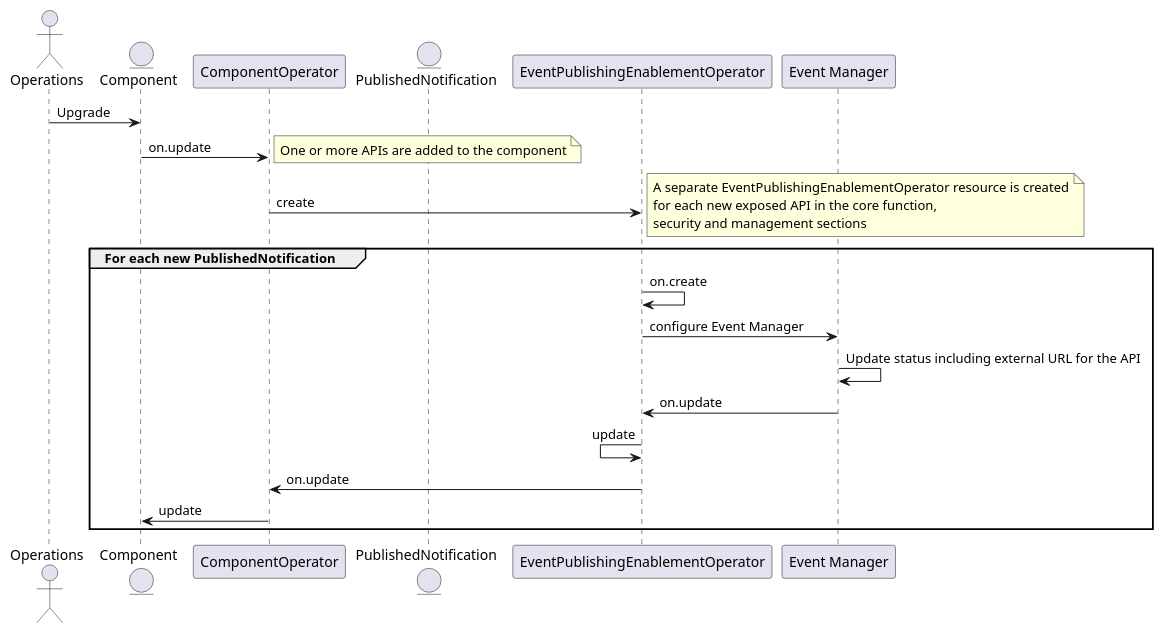
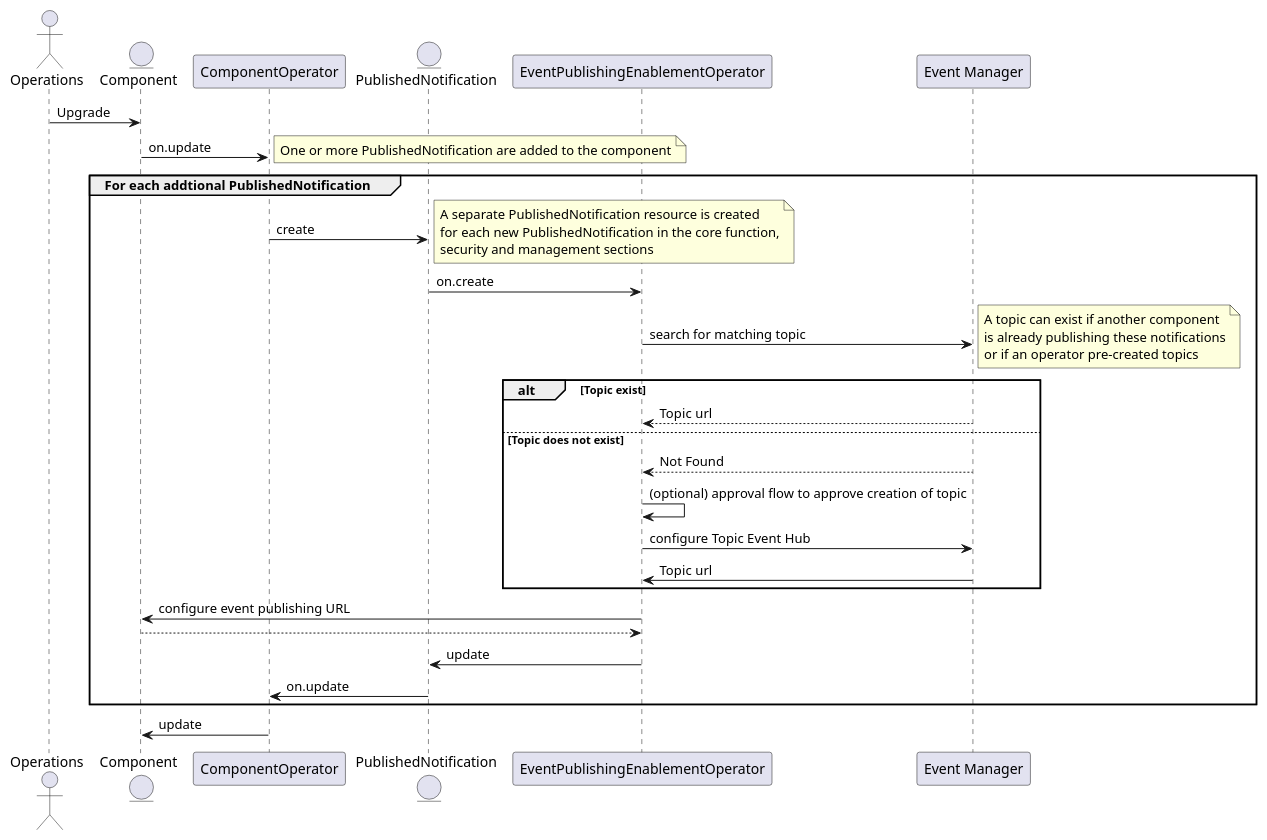
Before and after one commit to tmforum-oda/oda-canvas: the diagram in oda-canvas-ctk/usecase-library/pumlFiles/enableEventPublishing-with-add.puml, drawn with PlantUML. The commit also changed 4 other files, not shown here.

Commit message:
Improved Sequence Diagrams for enableEventPublishing

```diff
--- a/oda-canvas-ctk/usecase-library/pumlFiles/enableEventPublishing-with-add.puml
+++ b/oda-canvas-ctk/usecase-library/pumlFiles/enableEventPublishing-with-add.puml
@@ -1,33 +1,46 @@
 @startuml
 
 actor Operations
 entity Component
 participant ComponentOperator
 entity PublishedNotification
 participant EventPublishingEnablementOperator
 participant "Event Manager" as TMFC019
 
 
 Component <- Operations : Upgrade
 Component -> ComponentOperator: on.update 
 note right
-    One or more APIs are added to the component
+    One or more PublishedNotification are added to the component
 end note
-ComponentOperator -> EventPublishingEnablementOperator: create
-note right
-    A separate EventPublishingEnablementOperator resource is created
-    for each new exposed API in the core function,
-    security and management sections
-end note
-group For each new PublishedNotification
-    EventPublishingEnablementOperator -> EventPublishingEnablementOperator: on.create 
-    EventPublishingEnablementOperator -> TMFC019 : configure Event Manager
-    TMFC019 -> TMFC019: Update status including external URL for the API
-    EventPublishingEnablementOperator <- TMFC019 : on.update
-    EventPublishingEnablementOperator <- EventPublishingEnablementOperator: update
-    ComponentOperator <- EventPublishingEnablementOperator: on.update
-    Component <- ComponentOperator: update 
+group For each addtional PublishedNotification
+	ComponentOperator -> PublishedNotification: create
+	note right
+	    A separate PublishedNotification resource is created
+	    for each new PublishedNotification in the core function,
+	    security and management sections
+	end note
+    PublishedNotification -> EventPublishingEnablementOperator: on.create     
+    EventPublishingEnablementOperator -> TMFC019: search for matching topic
+    note right
+    	A topic can exist if another component
+    	is already publishing these notifications
+    	or if an operator pre-created topics
+    end note
+    alt Topic exist
+    	EventPublishingEnablementOperator <-- TMFC019: Topic url
+    else Topic does not exist
+     	EventPublishingEnablementOperator <-- TMFC019: Not Found
+    	EventPublishingEnablementOperator -> EventPublishingEnablementOperator: (optional) approval flow to approve creation of topic
+    	EventPublishingEnablementOperator -> TMFC019 : configure Topic Event Hub
+    	EventPublishingEnablementOperator <- TMFC019 : Topic url
+    end alt
+    EventPublishingEnablementOperator -> Component : configure event publishing URL
+    EventPublishingEnablementOperator <-- Component
+    PublishedNotification <- EventPublishingEnablementOperator: update
+    ComponentOperator <- PublishedNotification: on.update
 end
+Component <- ComponentOperator: update 
 
 
 @enduml
```
